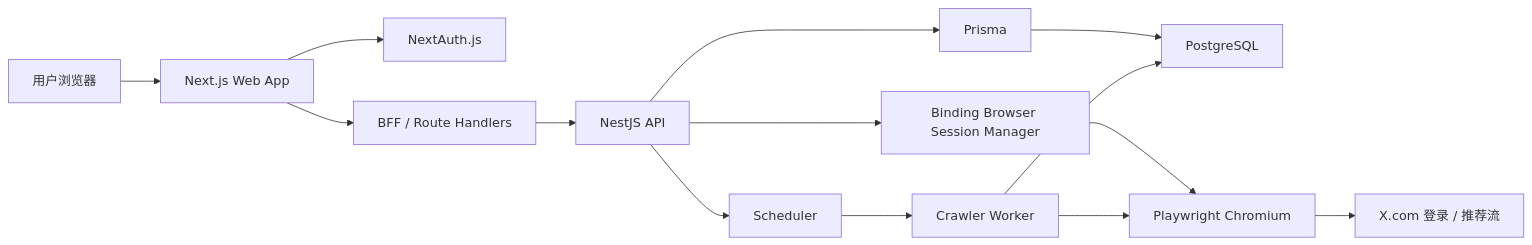
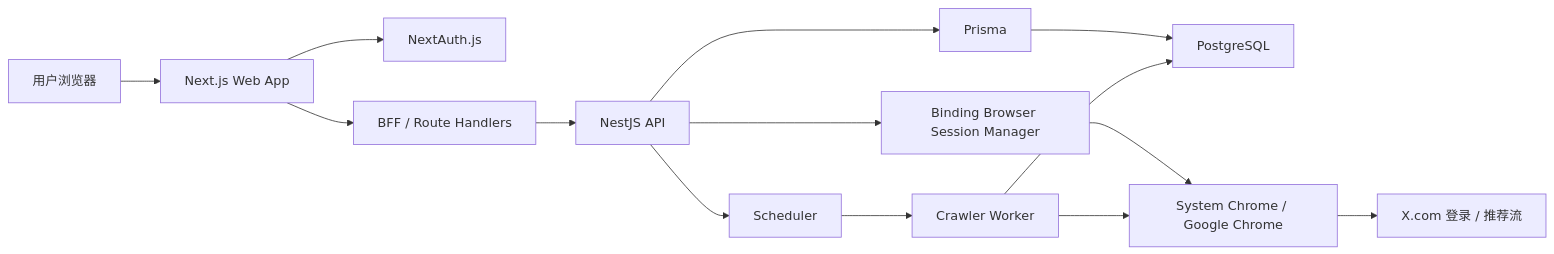
The first of 7 diagrams in docs/详细设计文档.md (MuShan-bit/auto-x-to-wechat), drawn with Mermaid before and after one commit. The commit also changed other lines of this file and 41 other files, not shown here.

````diff
--- a/docs/详细设计文档.md
+++ b/docs/详细设计文档.md
@@ -41,16 +41,16 @@
 ```mermaid
 flowchart LR
     U["用户浏览器"] --> N["Next.js Web App"]
     N --> A["NextAuth.js"]
     N --> B["BFF / Route Handlers"]
     B --> G["NestJS API"]
     G --> P["Prisma"]
     P --> D["PostgreSQL"]
     G --> R["Binding Browser Session Manager"]
-    R --> C["Playwright Chromium"]
+    R --> C["System Chrome / Google Chrome"]
     G --> S["Scheduler"]
     S --> W["Crawler Worker"]
     C --> X["X.com 登录 / 推荐流"]
     W --> C
     W --> D
 ```
````
